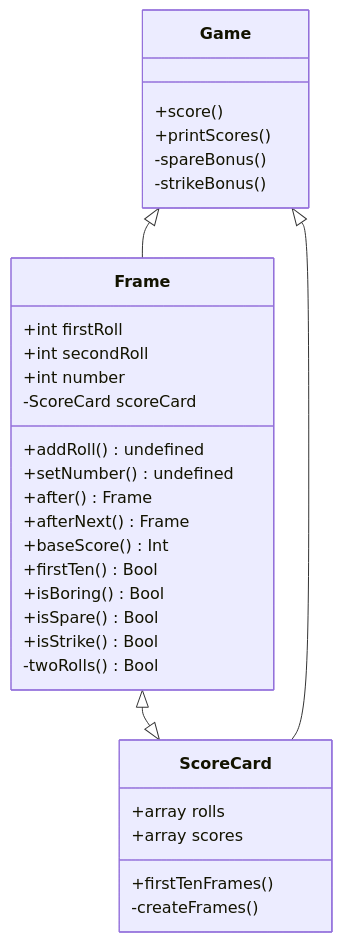
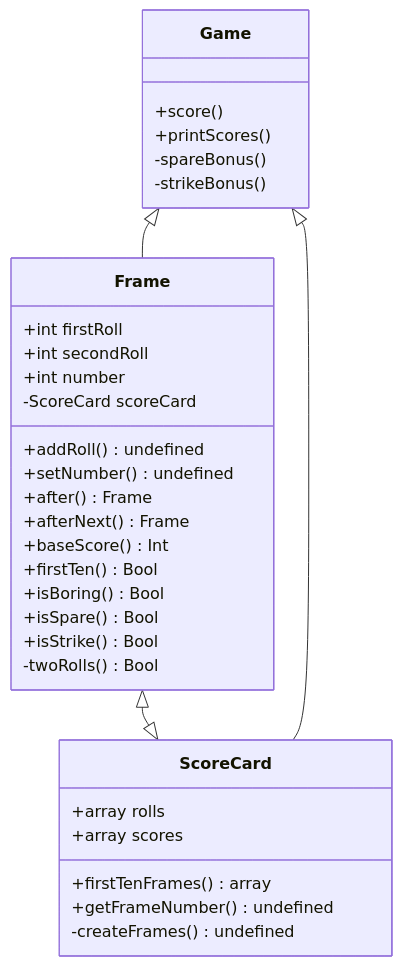
Before and after one commit to makersacademy/bowling-challenge: the diagram in CLASSES.md, drawn with Mermaid. The commit also changed 3 other files, not shown here.

````diff
--- a/CLASSES.md
+++ b/CLASSES.md
@@ -1,43 +1,44 @@
 ```mermaid 
  classDiagram
       class Frame{
           +int firstRoll
           +int secondRoll
           +int number
 
           -ScoreCard scoreCard
           
           +addRoll() undefined
           +setNumber() undefined
           +after() Frame
           +afterNext() Frame
           +baseScore() Int
           +firstTen() Bool
           +isBoring() Bool
           +isSpare() Bool
           +isStrike() Bool
 
           -twoRolls() Bool
       }
 
       class ScoreCard{
           +array rolls
           +array scores
 
-          +firstTenFrames()
+          +firstTenFrames() array
+          +getFrameNumber() undefined
 
-          -createFrames()
+          -createFrames() undefined
       }
 
       class Game{
         +score()
         +printScores()
 
         -spareBonus()
         -strikeBonus()
       }
 
       Frame <|--|> ScoreCard
       Game <|-- Frame
       Game <|-- ScoreCard
 ```
````
